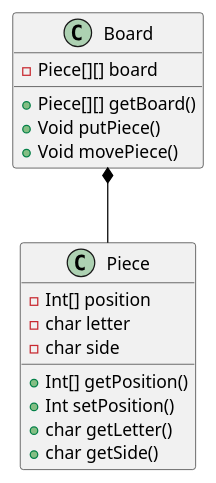
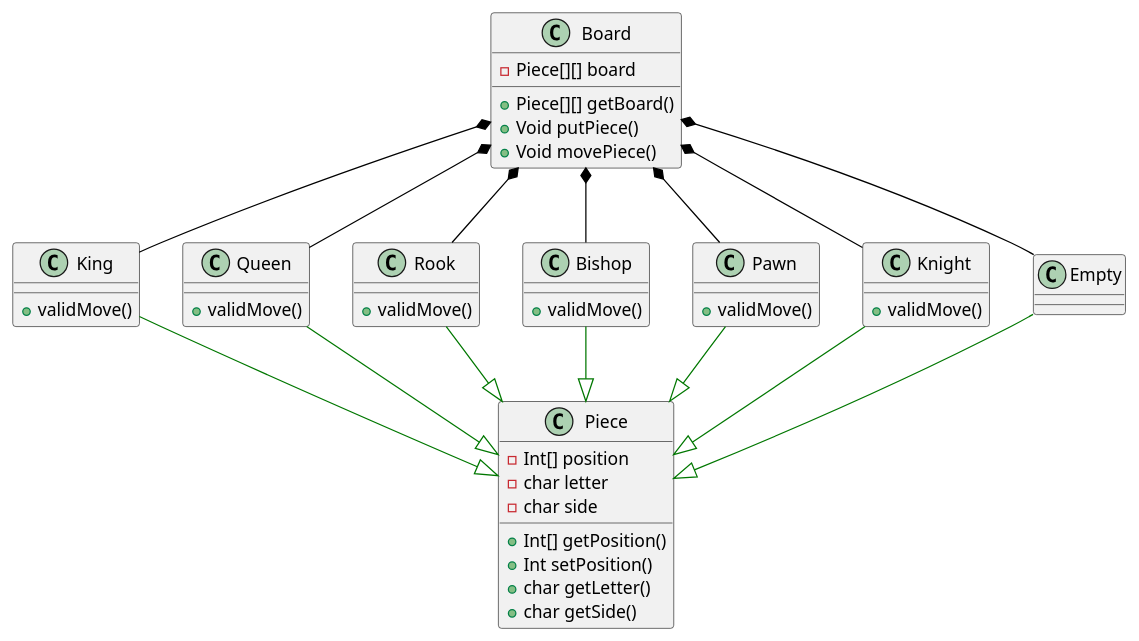
One commit to NunoCartaxoUAL/Java_Chess changed the diagram in Design/design.puml. Above: the diagram before and after it, drawn with PlantUML. The commit also changed 2 other files, not shown here.

Commit message:
King class added that extends Piece , PUML changed to have all pieces+ empty piece

```diff
--- a/Design/design.puml
+++ b/Design/design.puml
@@ -1,23 +1,65 @@
 @startuml
 'https://plantuml.com/sequence-diagram
 
 class Board{
         -Piece[][] board
         +Piece[][] getBoard()
         +Void putPiece()
         +Void movePiece()
     }
 
 class Piece{
     -Int[] position
     -char letter
     -char side
     +Int[] getPosition()
     +Int setPosition()
     +char getLetter()
     +char getSide()
     }
 
-Board *-[#000000]- Piece
+class King{
+    +validMove()
+    }
+King -[#007700]-|> Piece
+
+class Queen{
+    +validMove()
+    }
+Queen -[#007700]-|> Piece
+
+class Rook{
+    +validMove()
+    }
+Rook -[#007700]-|> Piece
+
+class Bishop{
+    +validMove()
+    }
+Bishop -[#007700]-|> Piece
+
+class Pawn{
+    +validMove()
+    }
+Pawn -[#007700]-|> Piece
+
+class Knight{
+    +validMove()
+    }
+Knight -[#007700]-|> Piece
+
+class Empty{
+    }
+Empty -[#007700]-|> Piece
+
+Board *-[#000000]- Empty
+Board *-[#000000]- Knight
+Board *-[#000000]- Pawn
+Board *-[#000000]- Bishop
+Board *-[#000000]- Rook
+Board *-[#000000]- Queen
+Board *-[#000000]- King
+
+
 
 @enduml
```
